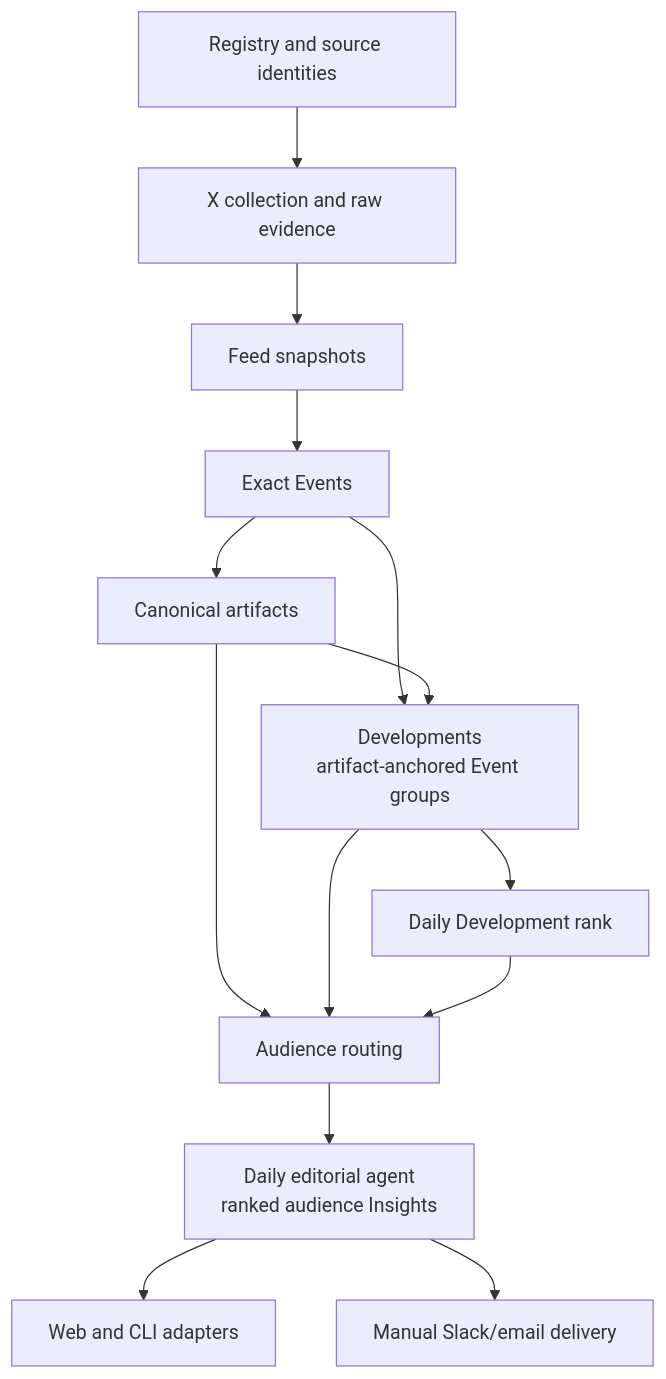
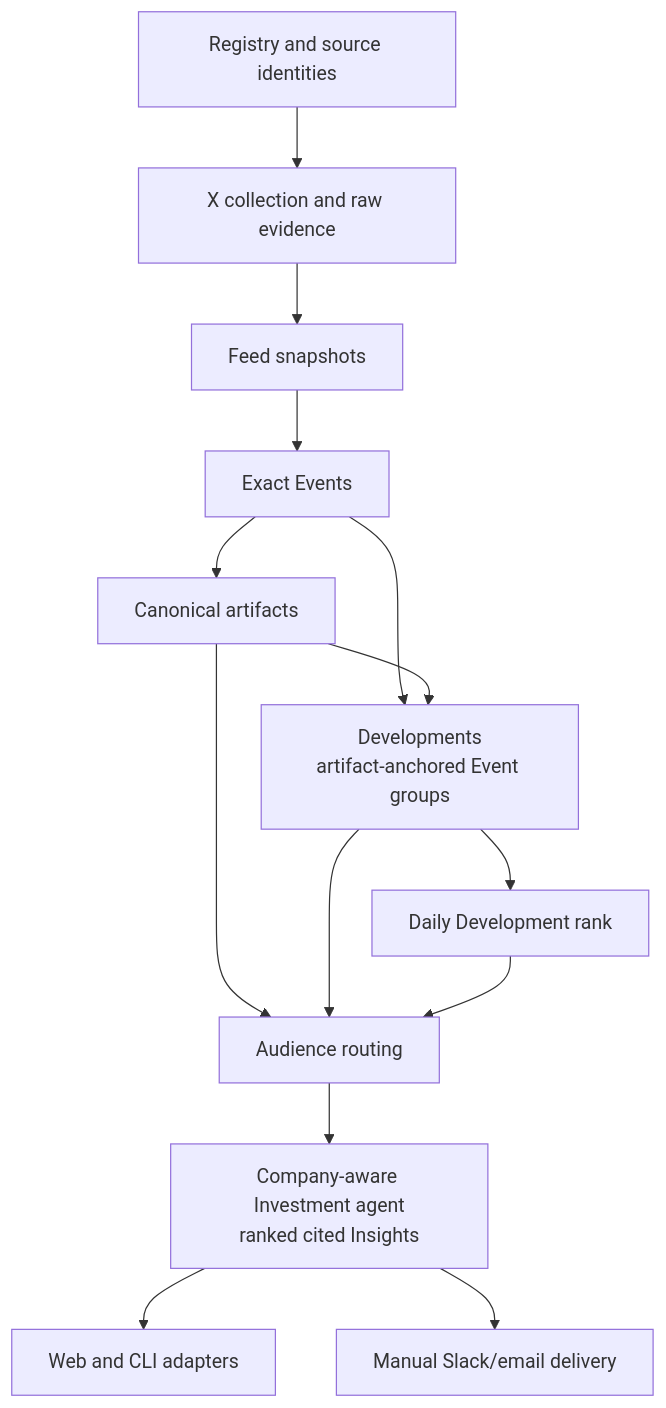
Before and after one commit to AdithyanI/frontier-lab-intelligence: the diagram in docs/architecture/code-map.md, drawn with Mermaid. The commit also changed other lines of this file and 57 other files, not shown here.

````diff
--- a/docs/architecture/code-map.md
+++ b/docs/architecture/code-map.md
@@ -9,16 +9,16 @@
 ```mermaid
 flowchart TD
     R["Registry and source identities"] --> X["X collection and raw evidence"]
     X --> F["Feed snapshots"]
     F --> E["Exact Events"]
     E --> A["Canonical artifacts"]
     E --> V["Developments<br/>artifact-anchored Event groups"]
     A --> V
     V --> S["Daily Development rank"]
     A --> U["Audience routing"]
     V --> U
     S --> U
-    U --> I["Daily editorial agent<br/>ranked audience Insights"]
+    U --> I["Company-aware Investment agent<br/>ranked cited Insights"]
     I --> W["Web and CLI adapters"]
     I --> D["Manual Slack/email delivery"]
 ```
````
